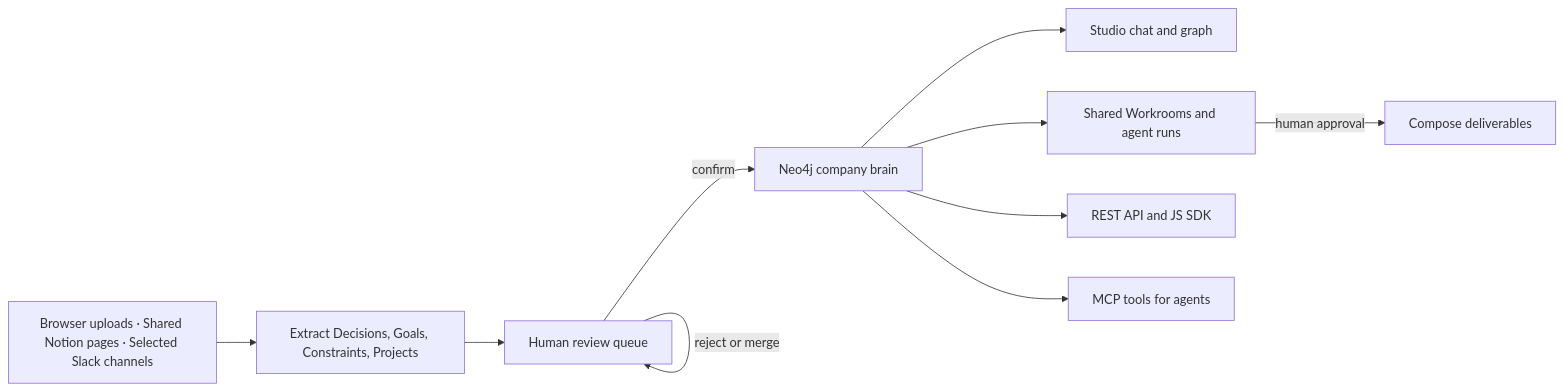
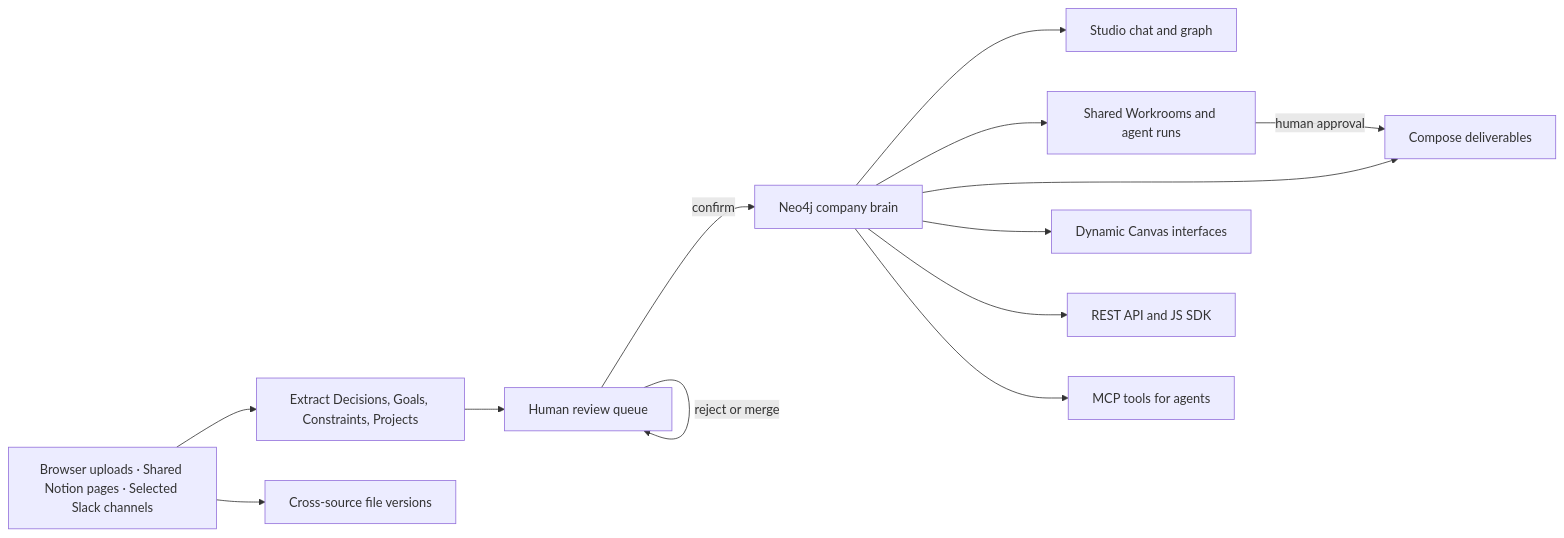
Before and after one commit to komponist-ai/komponist: the diagram in README.md, drawn with Mermaid. The commit also changed other lines of this file and 6 other files, not shown here.

````diff
--- a/README.md
+++ b/README.md
@@ -338,21 +350,26 @@
 ```mermaid
 flowchart LR
     sources["Browser uploads · Shared Notion pages · Selected Slack channels"]
     extract["Extract Decisions, Goals, Constraints, Projects"]
     review["Human review queue"]
     brain["Neo4j company brain"]
     studio["Studio chat and graph"]
     workrooms["Shared Workrooms and agent runs"]
     compose["Compose deliverables"]
+    canvas["Dynamic Canvas interfaces"]
+    versions["Cross-source file versions"]
     api["REST API and JS SDK"]
     mcp["MCP tools for agents"]
 
     sources --> extract --> review
     review -->|confirm| brain
     review -->|reject or merge| review
     brain --> studio
     brain --> workrooms
     workrooms -->|human approval| compose
+    brain --> compose
+    brain --> canvas
+    sources --> versions
     brain --> api
     brain --> mcp
 ```
````
